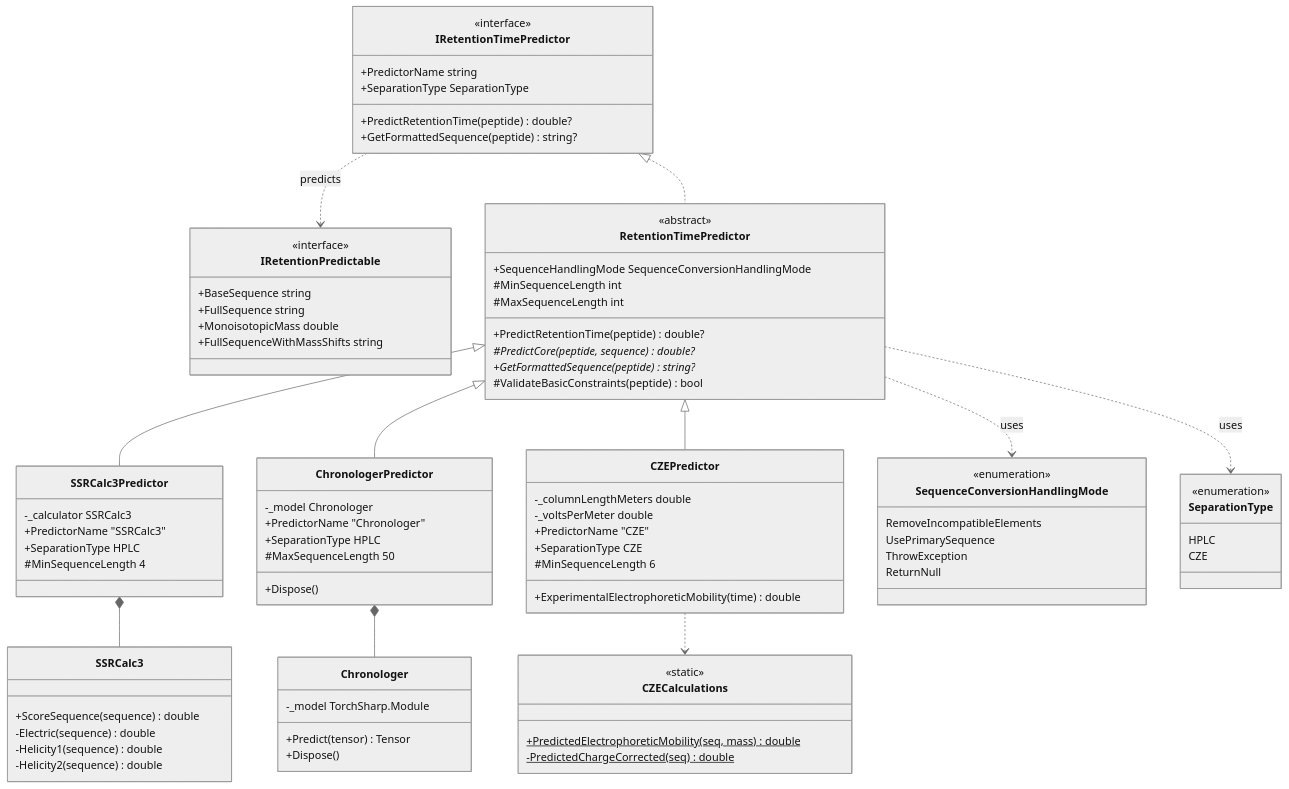
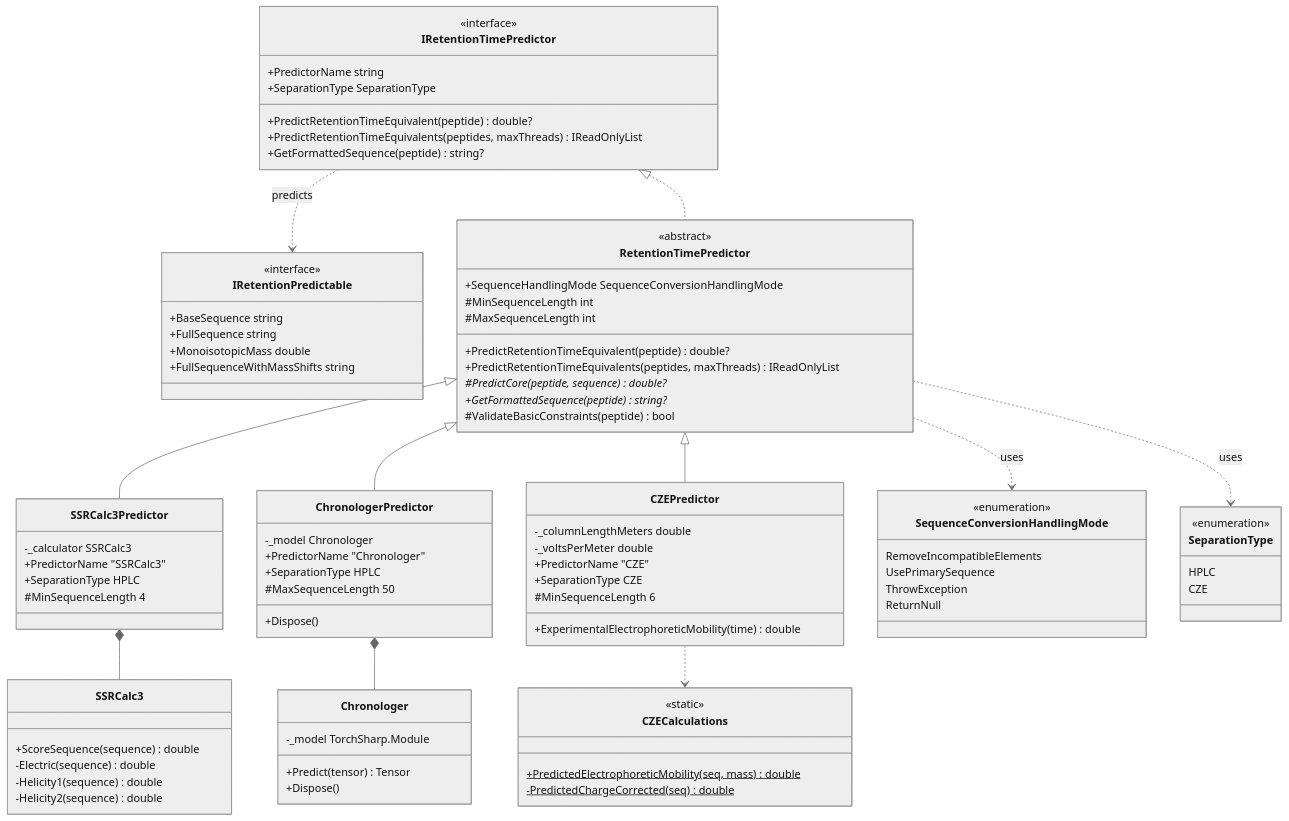
One commit to smith-chem-wisc/mzLib changed the first of 2 diagrams in mzLib/Chromatography/RetentionTimePrediction/RetentionTimePrediction_ClassDiagram.md. Above: the diagram before and after it, drawn with Mermaid (neutral theme). The commit also changed other lines of this file and 10 other files, not shown here.

First line of the commit message:
Unify IRetentionTimePredictor: add batch method and implement on Koina RetentionTimeModel (#1046)

```diff
--- a/mzLib/Chromatography/RetentionTimePrediction/RetentionTimePrediction_ClassDiagram.md
+++ b/mzLib/Chromatography/RetentionTimePrediction/RetentionTimePrediction_ClassDiagram.md
@@ -17,7 +17,8 @@
         <<interface>>
         +PredictorName string
         +SeparationType SeparationType
-        +PredictRetentionTime(peptide) double?
+        +PredictRetentionTimeEquivalent(peptide) double?
+        +PredictRetentionTimeEquivalents(peptides, maxThreads) IReadOnlyList
         +GetFormattedSequence(peptide) string?
     }
 
@@ -26,7 +27,8 @@
         +SequenceHandlingMode SequenceConversionHandlingMode
         #MinSequenceLength int
         #MaxSequenceLength int
-        +PredictRetentionTime(peptide) double?
+        +PredictRetentionTimeEquivalent(peptide) double?
+        +PredictRetentionTimeEquivalents(peptides, maxThreads) IReadOnlyList
         #PredictCore(peptide, sequence)* double?
         +GetFormattedSequence(peptide)* string?
         #ValidateBasicConstraints(peptide) bool
```
